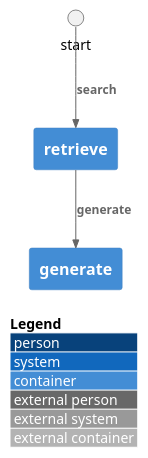
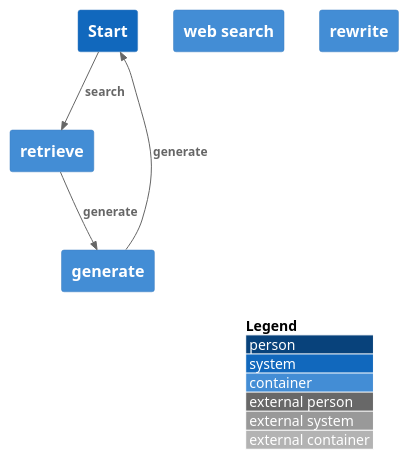
One commit to kyopark2014/langgraph-agent changed the diagram in chart/brocks.puml. Above: the diagram before and after it, drawn with PlantUML. The commit also changed 1 other file, not shown here.

```diff
--- a/chart/brocks.puml
+++ b/chart/brocks.puml
@@ -1,27 +1,34 @@
 @startuml
 !include https://raw.githubusercontent.com/plantuml-stdlib/C4-PlantUML/master/C4_Container.puml
 
 skinparam wrapWidth 200
 skinparam maxMessageSize 200
 
 LAYOUT_WITH_LEGEND()
 
-'Person_Ext(person, "Start")
+System(start, "Start")
 
 'Container(www, "Web Site")
 
 
 Container(retrieve, "retrieve")
 'Container(retrieve, "SPA", "Container: ReactJS / JavaScript", "Runs application code in customer's browser")
 
 Rel(start, retrieve, "search")
 
 Container(generate, "generate")
 
+Container(websearch, "web search")
+
+Container(rewrite, "rewrite")
+
+
 Rel(retrieve, generate, "generate")
+
+Rel(generate, start, "generate")
 
 ' fight the layout engine
 'auth -[hidden]right-> shop
 
 
 @enduml
```
